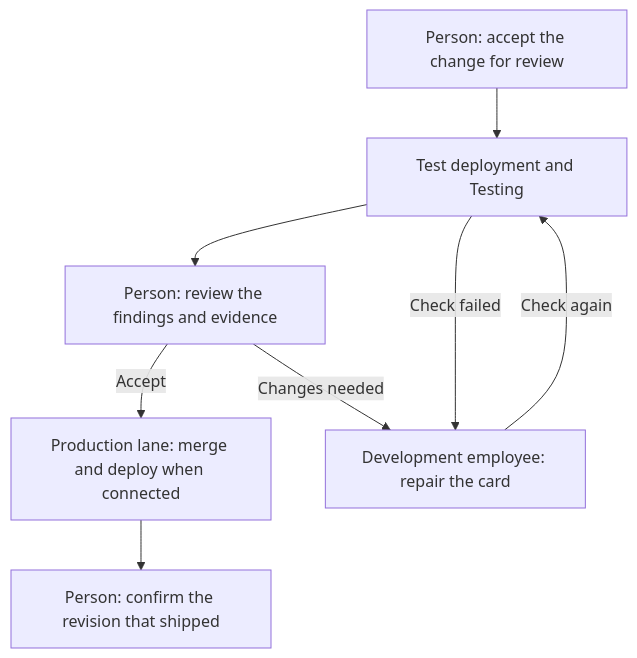
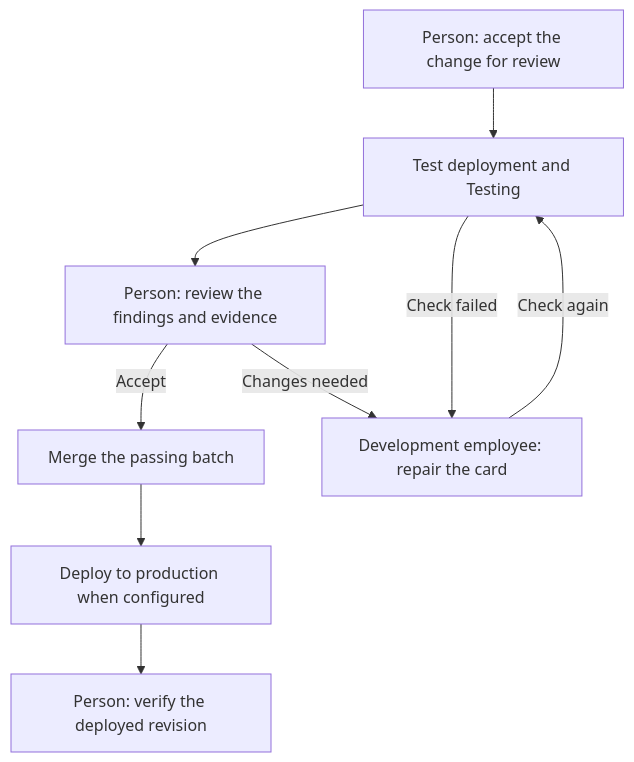
Before and after one commit to WeiJiLab/aiworkforce-docs: the diagram in src/content/docs/software-factory/pr-to-merge.md, drawn with Mermaid. The commit also changed other lines of this file and 125 other files, not shown here.

````diff
--- a/src/content/docs/software-factory/pr-to-merge.md
+++ b/src/content/docs/software-factory/pr-to-merge.md
@@ -16,12 +16,13 @@
 ```mermaid
 flowchart TD
     ready["Person: accept the change for review"] --> checks["Test deployment and Testing"]
     checks --> decision["Person: review the findings and evidence"]
-    decision -->|Accept| release["Production lane: merge and deploy when connected"]
-    release --> ship["Person: confirm the revision that shipped"]
+    decision -->|Accept| release["Merge the passing batch"]
+    release --> deploy["Deploy to production when configured"]
+    deploy --> ship["Person: verify the deployed revision"]
     checks -->|Check failed| fix["Development employee: repair the card"]
     decision -->|Changes needed| fix
     fix -->|Check again| checks
     class ready,decision,ship human
-    class checks,fix,release agent
+    class checks,fix,release,deploy agent
 ```
````
